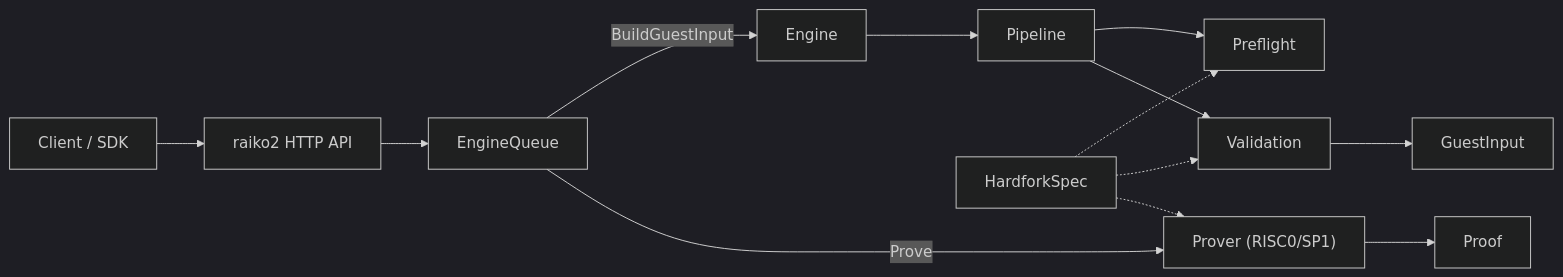
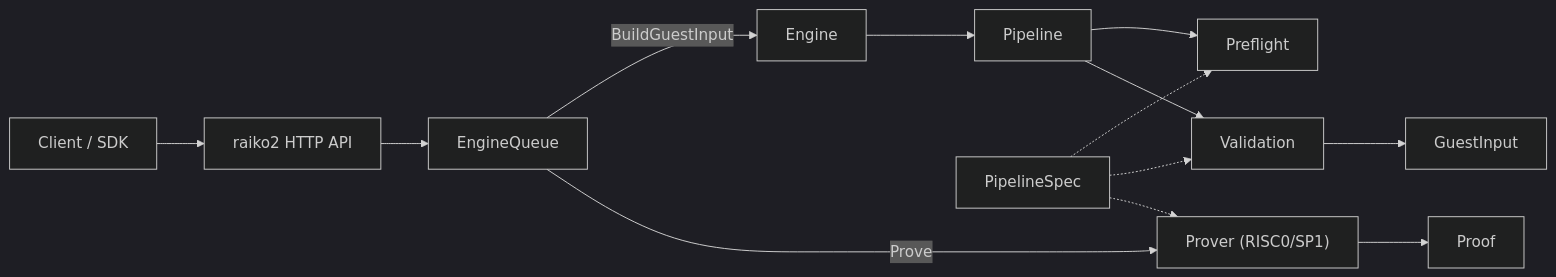
The second of 4 diagrams in README.md (taikoxyz/raiko2), drawn with Mermaid (dark theme) before and after one commit. The commit also changed other lines of this file and 21 other files, not shown here.

Commit message:
feat: Refactor to introduce pipeline architecture, replacing driver and hardfork with pipeline-specific implementations

````diff
--- a/README.md
+++ b/README.md
@@ -64,15 +64,15 @@
 ```mermaid
 flowchart LR
   C["Client / SDK"] --> A["raiko2 HTTP API"]
   A --> Q["EngineQueue"]
   Q -->|BuildGuestInput| E["Engine"]
   E --> PL["Pipeline"]
   PL --> PF["Preflight"]
   PL --> VA["Validation"]
   VA --> GI["GuestInput"]
   Q -->|Prove| PR["Prover (RISC0/SP1)"]
   PR --> PO["Proof"]
-  HF["HardforkSpec"] -.-> PF
+  HF["PipelineSpec"] -.-> PF
   HF -.-> VA
   HF -.-> PR
 ```
````
